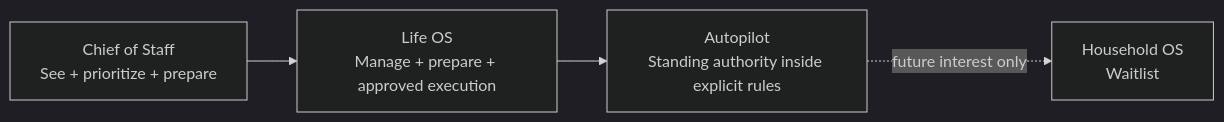
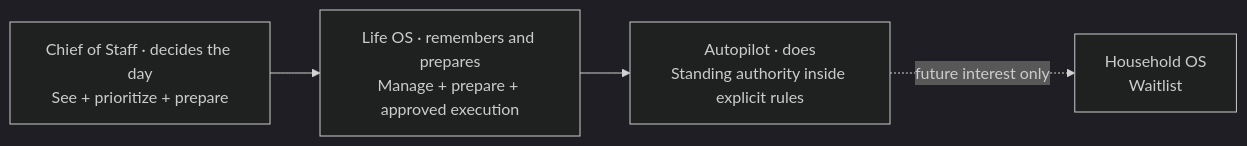
Before and after one commit to seq23/aplayer-mode: the first of 2 diagrams in docs/29-THREE-TIER-PRODUCT-CONTRACT.md, drawn with Mermaid (dark theme). The commit also changed other lines of this file and 14 other files, not shown here.

````diff
--- a/docs/29-THREE-TIER-PRODUCT-CONTRACT.md
+++ b/docs/29-THREE-TIER-PRODUCT-CONTRACT.md
@@ -13,6 +13,6 @@
 ```mermaid
 flowchart LR
-  C[Chief of Staff\nSee + prioritize + prepare] --> L[Life OS\nManage + prepare + approved execution]
-  L --> A[Autopilot\nStanding authority inside explicit rules]
+  C[Chief of Staff · decides the day\nSee + prioritize + prepare] --> L[Life OS · remembers and prepares\nManage + prepare + approved execution]
+  L --> A[Autopilot · does\nStanding authority inside explicit rules]
   A -. future interest only .-> H[Household OS\nWaitlist]
 ```
````
